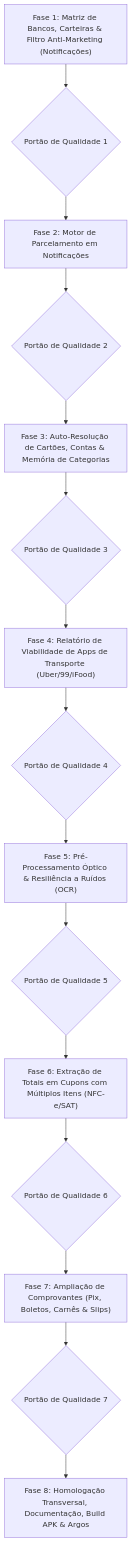
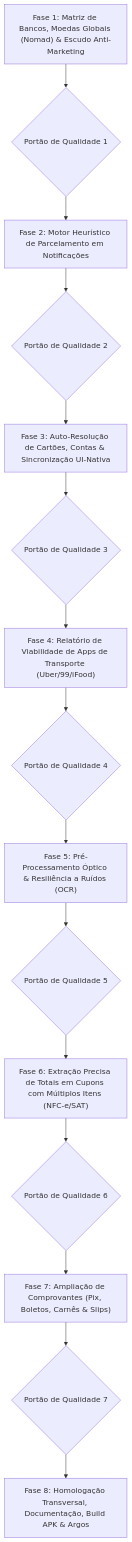
Before and after one commit to gabri3lsal3s/financasNew: the diagram in docs/plans/PLANO_REFINAMENTO_NOTIFICACOES_E_COMPROVANTES_OCR.md, drawn with Mermaid. The commit also changed other lines of this file, not shown here.

Commit message:
docs(plans): refina plano com casos reais nomad, escudo anti-marketing e sync ui-nativa

````diff
--- a/docs/plans/PLANO_REFINAMENTO_NOTIFICACOES_E_COMPROVANTES_OCR.md
+++ b/docs/plans/PLANO_REFINAMENTO_NOTIFICACOES_E_COMPROVANTES_OCR.md
@@ -36,17 +39,17 @@
 ```mermaid
 flowchart TD
-    F1["Fase 1: Matriz de Bancos, Carteiras & Filtro Anti-Marketing (Notificações)"] --> Q1{"Portão de Qualidade 1"}
-    Q1 --> F2["Fase 2: Motor de Parcelamento em Notificações"]
+    F1["Fase 1: Matriz de Bancos, Moedas Globais (Nomad) & Escudo Anti-Marketing"] --> Q1{"Portão de Qualidade 1"}
+    Q1 --> F2["Fase 2: Motor Heurístico de Parcelamento em Notificações"]
     F2 --> Q2{"Portão de Qualidade 2"}
-    Q2 --> F3["Fase 3: Auto-Resolução de Cartões, Contas & Memória de Categorias"]
+    Q2 --> F3["Fase 3: Auto-Resolução de Cartões, Contas & Sincronização UI-Nativa"]
     F3 --> Q3{"Portão de Qualidade 3"}
     Q3 --> F4["Fase 4: Relatório de Viabilidade de Apps de Transporte (Uber/99/iFood)"]
     F4 --> Q4{"Portão de Qualidade 4"}
     Q4 --> F5["Fase 5: Pré-Processamento Óptico & Resiliência a Ruídos (OCR)"]
     F5 --> Q5{"Portão de Qualidade 5"}
-    Q5 --> F6["Fase 6: Extração de Totais em Cupons com Múltiplos Itens (NFC-e/SAT)"]
+    Q5 --> F6["Fase 6: Extração Precisa de Totais em Cupons com Múltiplos Itens (NFC-e/SAT)"]
     F6 --> Q6{"Portão de Qualidade 6"}
     Q6 --> F7["Fase 7: Ampliação de Comprovantes (Pix, Boletos, Carnês & Slips)"]
     F7 --> Q7{"Portão de Qualidade 7"}
     Q7 --> F8["Fase 8: Homologação Transversal, Documentação, Build APK & Argos"]
 ```
````
